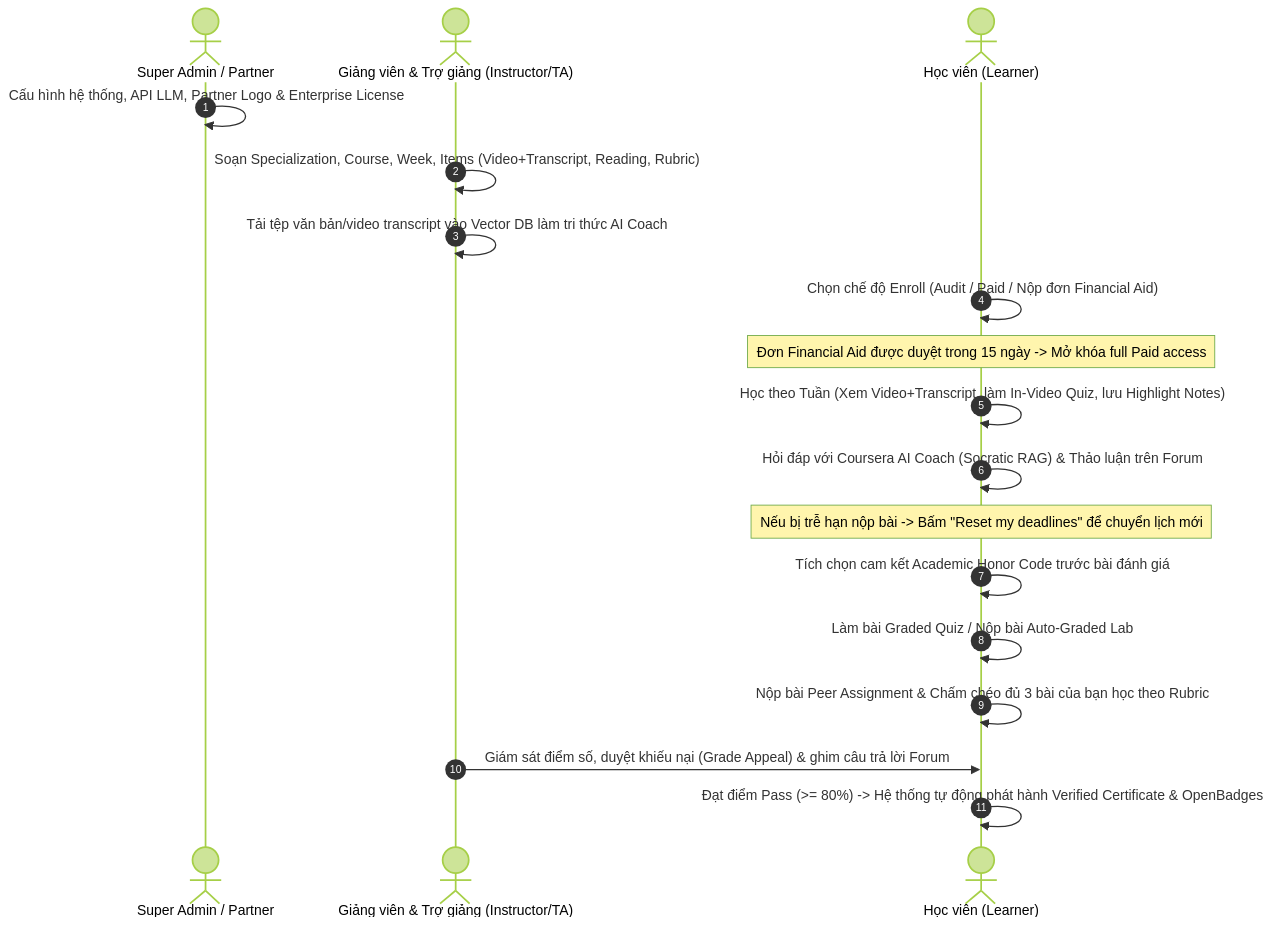
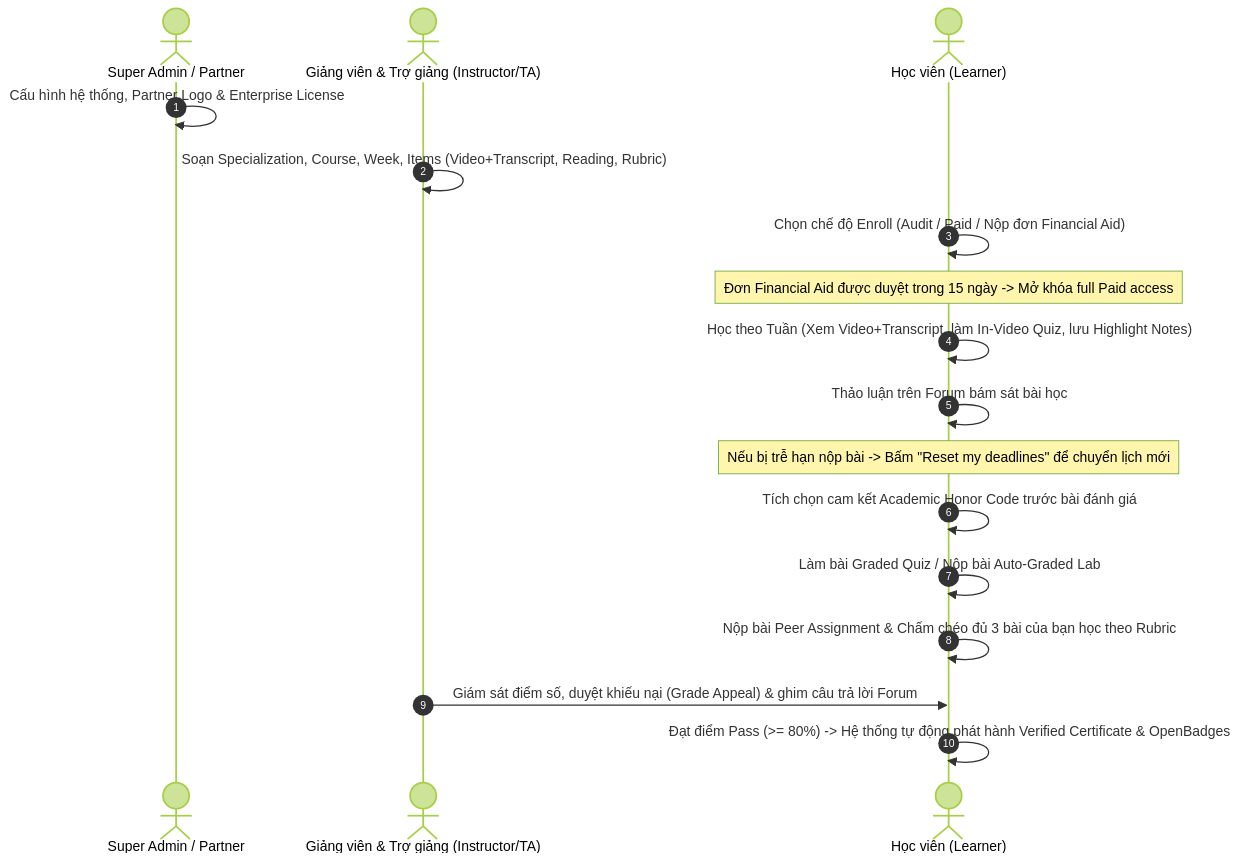
The diagram in docs/01_overview.md (tianshi04/lms-ai-study-assistant), drawn with Mermaid (forest theme) before and after one commit. The commit also changed other lines of this file and 11 other files, not shown here.

Commit message:
refactor(ai-coach): temporarily remove AI Coach feature, proto schemas, and docs

````diff
--- a/docs/01_overview.md
+++ b/docs/01_overview.md
@@ -46,21 +44,20 @@
 ```mermaid
 sequenceDiagram
     autonumber
     actor Admin as Super Admin / Partner
     actor Teacher as Giảng viên & Trợ giảng (Instructor/TA)
     actor Student as Học viên (Learner)
 
-    Admin->>Admin: Cấu hình hệ thống, API LLM, Partner Logo & Enterprise License
+    Admin->>Admin: Cấu hình hệ thống, Partner Logo & Enterprise License
     Teacher->>Teacher: Soạn Specialization, Course, Week, Items (Video+Transcript, Reading, Rubric)
-    Teacher->>Teacher: Tải tệp văn bản/video transcript vào Vector DB làm tri thức AI Coach
     Student->>Student: Chọn chế độ Enroll (Audit / Paid / Nộp đơn Financial Aid)
     Note over Student: Đơn Financial Aid được duyệt trong 15 ngày -> Mở khóa full Paid access
     Student->>Student: Học theo Tuần (Xem Video+Transcript, làm In-Video Quiz, lưu Highlight Notes)
-    Student->>Student: Hỏi đáp với Coursera AI Coach (Socratic RAG) & Thảo luận trên Forum
+    Student->>Student: Thảo luận trên Forum bám sát bài học
     Note over Student: Nếu bị trễ hạn nộp bài -> Bấm "Reset my deadlines" để chuyển lịch mới
     Student->>Student: Tích chọn cam kết Academic Honor Code trước bài đánh giá
     Student->>Student: Làm bài Graded Quiz / Nộp bài Auto-Graded Lab
     Student->>Student: Nộp bài Peer Assignment & Chấm chéo đủ 3 bài của bạn học theo Rubric
     Teacher->>Student: Giám sát điểm số, duyệt khiếu nại (Grade Appeal) & ghim câu trả lời Forum
     Student->>Student: Đạt điểm Pass (>= 80%) -> Hệ thống tự động phát hành Verified Certificate & OpenBadges
 ```
````
